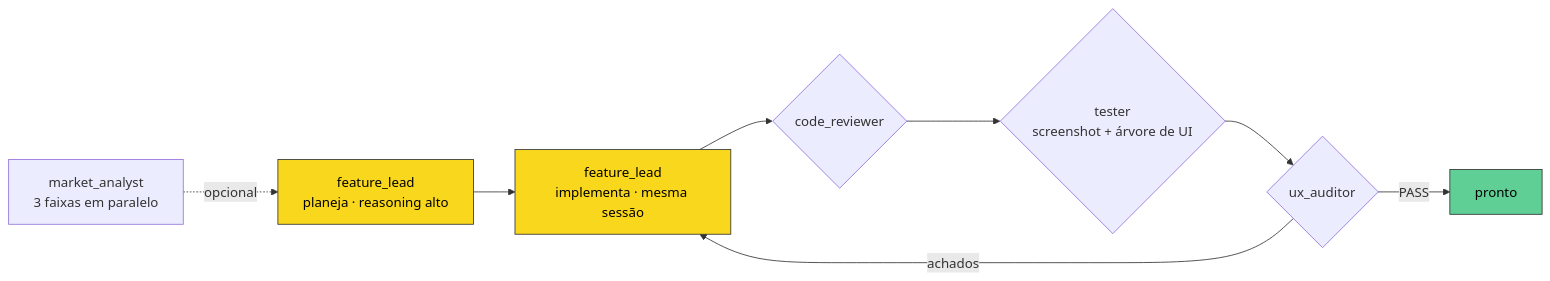
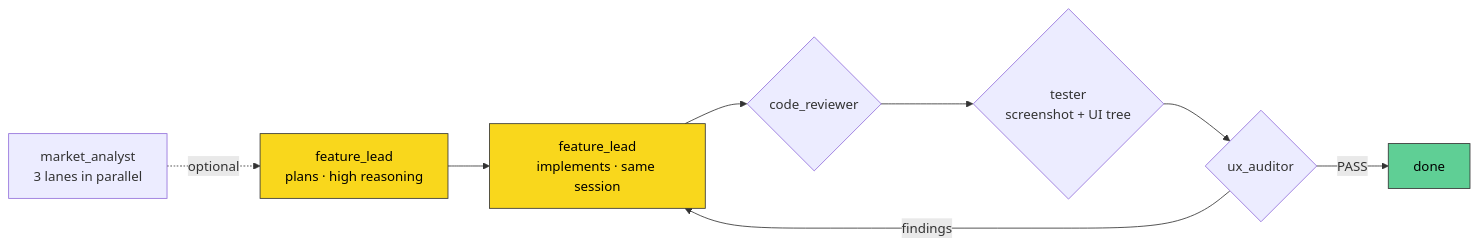
The diagram in README.md (gustavo-em/orchestrator-features), drawn with Mermaid before and after one commit. The commit also changed other lines of this file, not shown here.

````diff
--- a/README.md
+++ b/README.md
@@ -61,14 +84,14 @@
 ```mermaid
 flowchart LR
-    A[market_analyst<br/>3 faixas em paralelo] -.opcional.-> B
-    B[feature_lead<br/>planeja · reasoning alto] --> C[feature_lead<br/>implementa · mesma sessão]
+    A[market_analyst<br/>3 lanes in parallel] -.optional.-> B
+    B[feature_lead<br/>plans · high reasoning] --> C[feature_lead<br/>implements · same session]
     C --> D{code_reviewer}
-    D --> E{tester<br/>screenshot + árvore de UI}
+    D --> E{tester<br/>screenshot + UI tree}
     E --> F{ux_auditor}
-    F -->|achados| C
-    F -->|PASS| G[pronto]
+    F -->|findings| C
+    F -->|PASS| G[done]
 
     style B fill:#f9d71c,stroke:#333,color:#000
     style C fill:#f9d71c,stroke:#333,color:#000
     style G fill:#5fcf95,stroke:#333,color:#000
 ```
````
